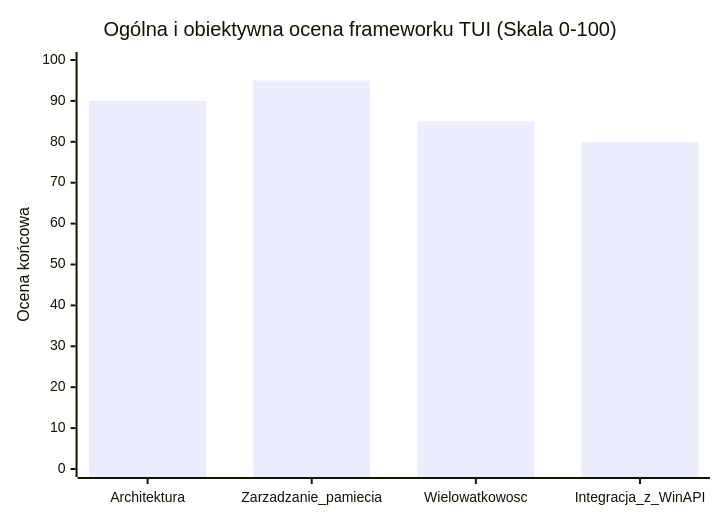
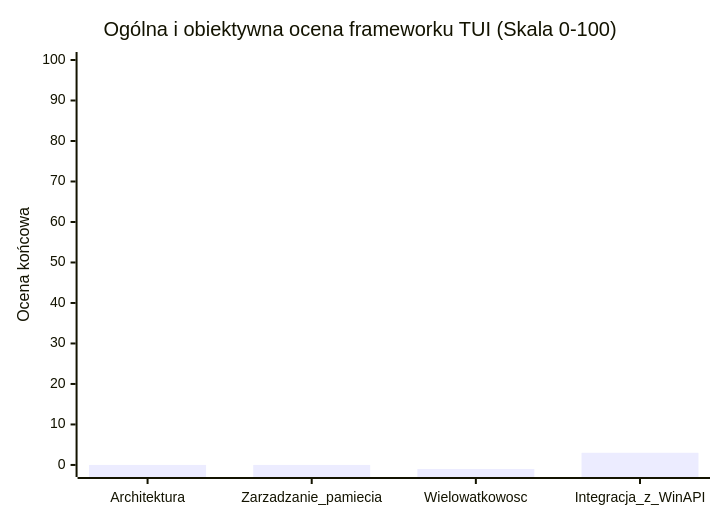
The diagram in README.md (Enter-a-new-username51/TUI), drawn with Mermaid before and after one commit. The commit also changed other lines of this file, not shown here.

````diff
--- a/README.md
+++ b/README.md
@@ -32,7 +16,7 @@
 ``` mermaid
 xychart-beta
     title "Ogólna i obiektywna ocena frameworku TUI (Skala 0-100)"
     x-axis [Architektura, Zarzadzanie_pamiecia, Wielowatkowosc, Integracja_z_WinAPI]
-    y-axis "Ocena końcowa" 0 --> 100
-    bar [90, 95, 85, 80]
+    y-axis "Ocena końcowa" -1 --> 100
+    bar [0, 0, -1, 3]
 ```
````
